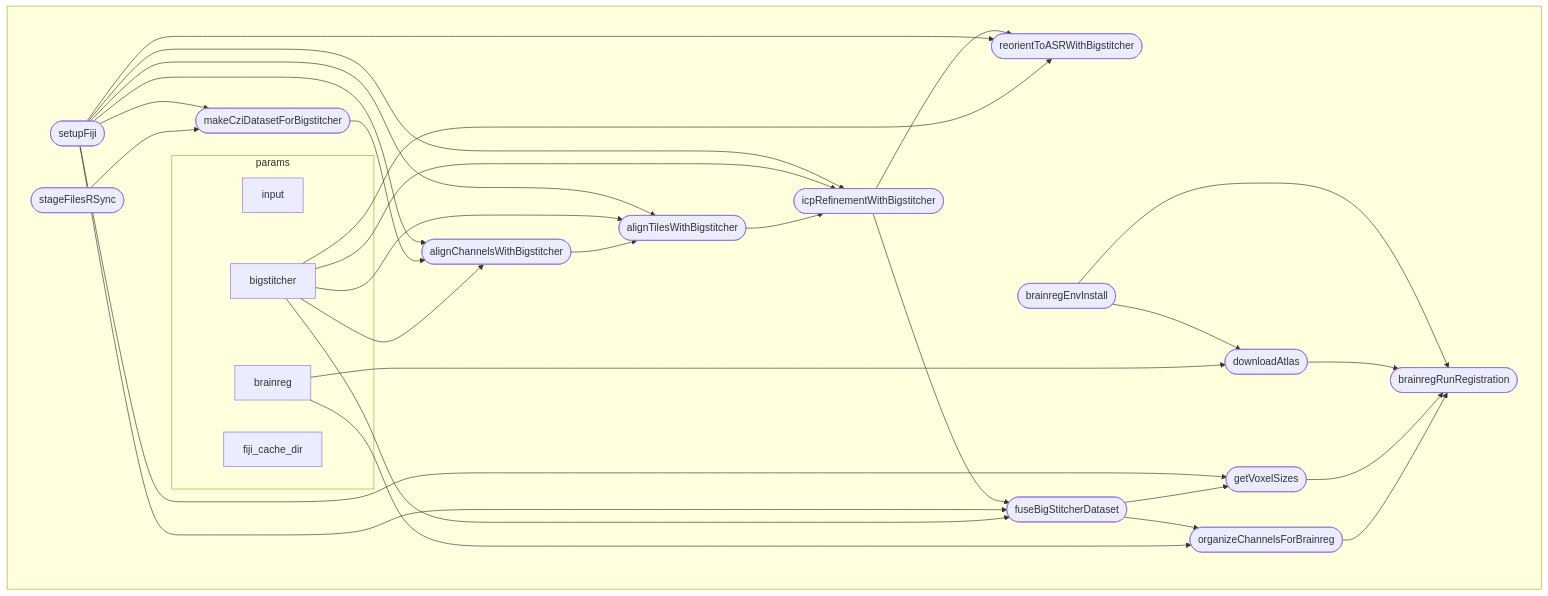
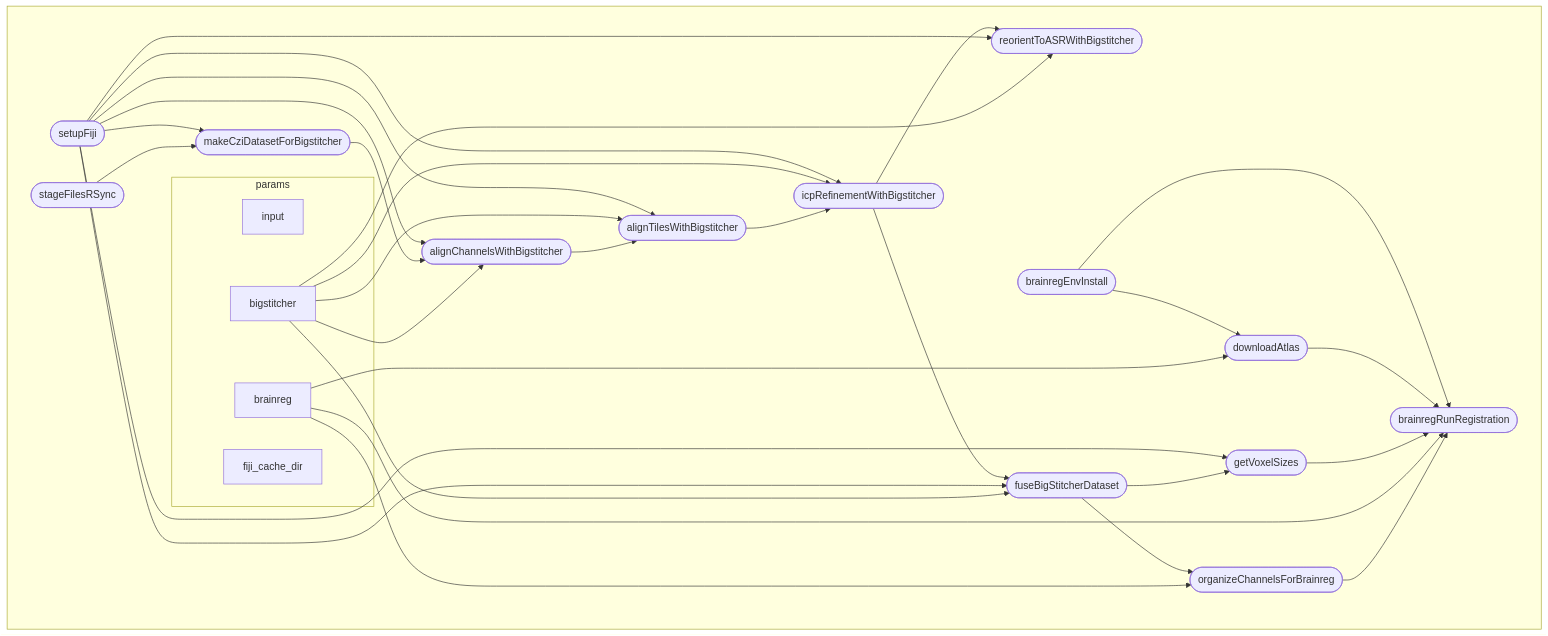
Before and after one commit to NicoKiaru/mouse_czi_processing: the diagram in readme.md, drawn with Mermaid.

Commit message:
small change mermaid

````diff
--- a/readme.md
+++ b/readme.md
@@ -3,51 +3,52 @@
 ```mermaid
 flowchart TB
     subgraph " "
     subgraph params
     v4["input"]
     v11["bigstitcher"]
     v28["brainreg"]
     v0["fiji_cache_dir"]
     end
     v2([setupFiji])
     v9([stageFilesRSync])
     v10([makeCziDatasetForBigstitcher])
     v12([alignChannelsWithBigstitcher])
     v14([alignTilesWithBigstitcher])
     v16([icpRefinementWithBigstitcher])
     v19([reorientToASRWithBigstitcher])
     v23([fuseBigStitcherDataset])
     v26([getVoxelSizes])
     v29([organizeChannelsForBrainreg])
-    v32([brainregEnvInstall])
-    v34([downloadAtlas])
-    v36([brainregRunRegistration])
+    v37([brainregEnvInstall])
+    v39([downloadAtlas])
+    v41([brainregRunRegistration])
     v2 --> v10
     v9 --> v10
     v2 --> v12
     v10 --> v12
     v11 --> v12
     v2 --> v14
     v11 --> v14
     v12 --> v14
     v2 --> v16
     v11 --> v16
     v14 --> v16
     v16 --> v19
     v2 --> v19
     v11 --> v19
     v16 --> v23
     v2 --> v23
     v11 --> v23
     v2 --> v26
     v23 --> v26
     v23 --> v29
     v28 --> v29
-    v32 --> v34
-    v28 --> v34
-    v32 --> v36
-    v34 --> v36
-    v26 --> v36
-    v29 --> v36
+    v37 --> v39
+    v28 --> v39
+    v37 --> v41
+    v39 --> v41
+    v26 --> v41
+    v28 --> v41
+    v29 --> v41
     end
 ```
````
